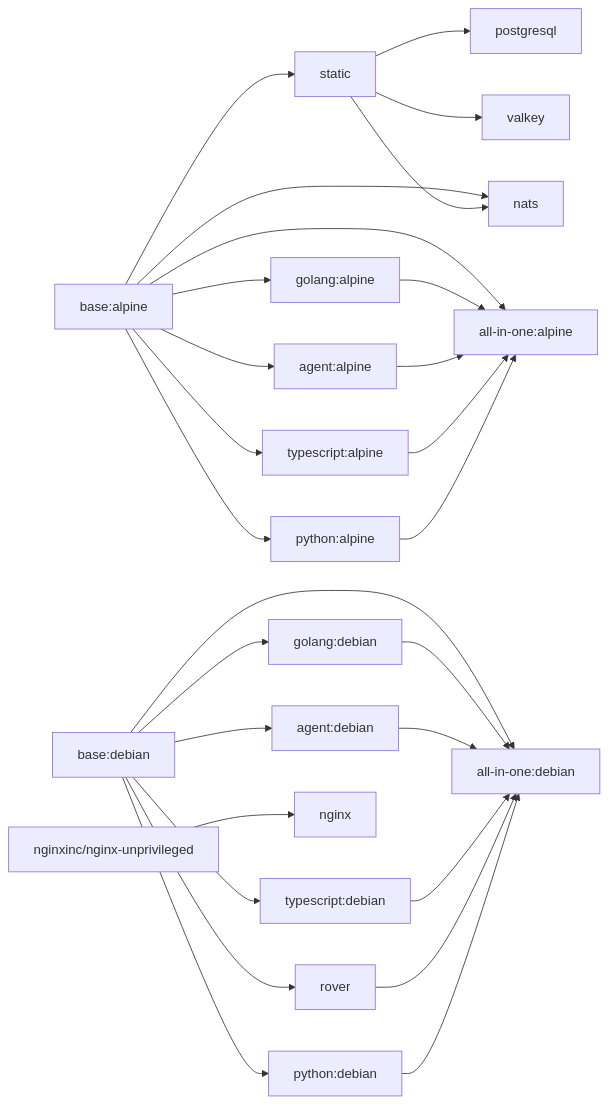
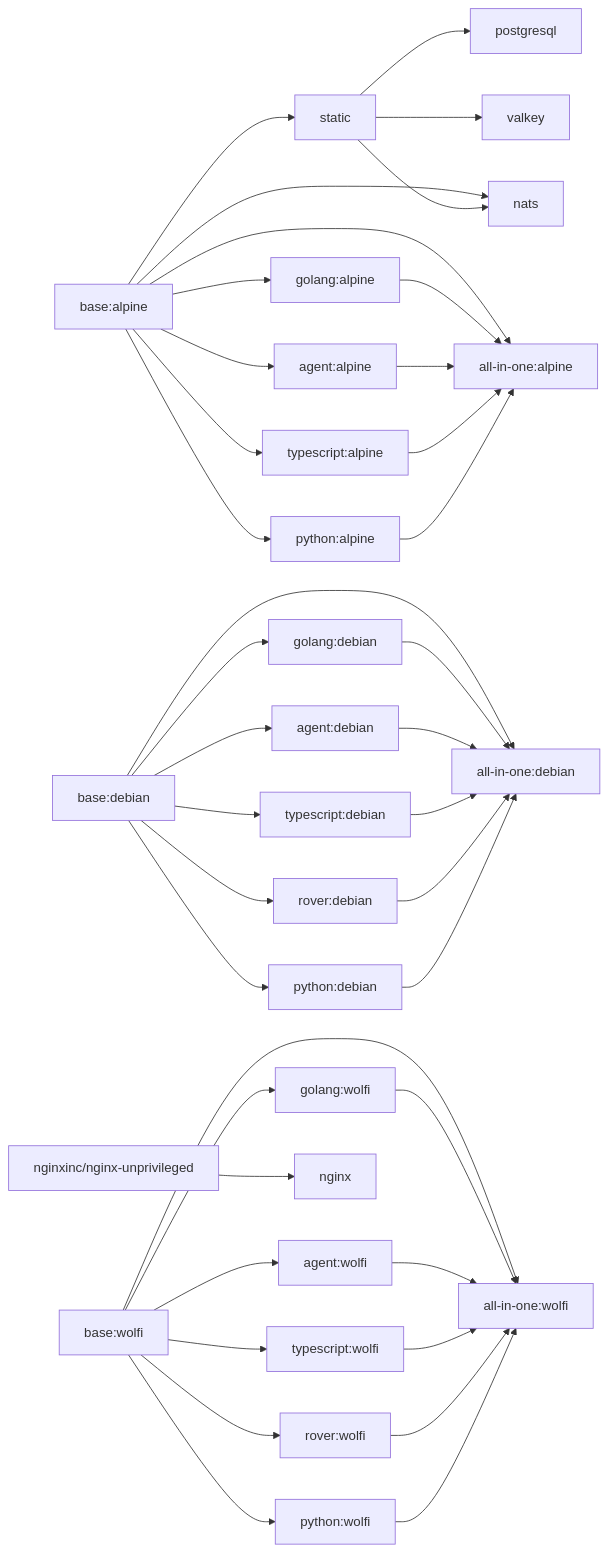
Before and after one commit to pyck-ai/baseimages: the diagram in README.md, drawn with Mermaid. The commit also changed other lines of this file and 18 other files, not shown here.

````diff
--- a/README.md
+++ b/README.md
@@ -128,37 +129,51 @@
 ```mermaid
 graph LR
   base-alpine["base:alpine"]
   base-debian["base:debian"]
+  base-wolfi["base:wolfi"]
   nginx-base["nginxinc/nginx-unprivileged"]
 
   base-alpine --> static
   base-alpine --> golang-alpine["golang:alpine"]
   base-alpine --> agent-alpine["agent:alpine"]
   base-alpine --> typescript-alpine["typescript:alpine"]
   base-alpine --> python-alpine["python:alpine"]
 
   base-debian --> golang-debian["golang:debian"]
   base-debian --> agent-debian["agent:debian"]
   base-debian --> typescript-debian["typescript:debian"]
   base-debian --> python-debian["python:debian"]
-  base-debian --> rover
+  base-debian --> rover-debian["rover:debian"]
+
+  base-wolfi --> golang-wolfi["golang:wolfi"]
+  base-wolfi --> agent-wolfi["agent:wolfi"]
+  base-wolfi --> typescript-wolfi["typescript:wolfi"]
+  base-wolfi --> python-wolfi["python:wolfi"]
+  base-wolfi --> rover-wolfi["rover:wolfi"]
 
   base-alpine --> aio-alpine["all-in-one:alpine"]
   golang-alpine --> aio-alpine
   agent-alpine --> aio-alpine
   typescript-alpine --> aio-alpine
   python-alpine --> aio-alpine
 
   base-debian --> aio-debian["all-in-one:debian"]
   golang-debian --> aio-debian
   agent-debian --> aio-debian
   typescript-debian --> aio-debian
-  rover --> aio-debian
+  rover-debian --> aio-debian
   python-debian --> aio-debian
+
+  base-wolfi --> aio-wolfi["all-in-one:wolfi"]
+  golang-wolfi --> aio-wolfi
+  agent-wolfi --> aio-wolfi
+  typescript-wolfi --> aio-wolfi
+  rover-wolfi --> aio-wolfi
+  python-wolfi --> aio-wolfi
 
   nginx-base --> nginx
   static --> postgresql
   static --> valkey
   base-alpine --> nats
   static --> nats
 ```
````
